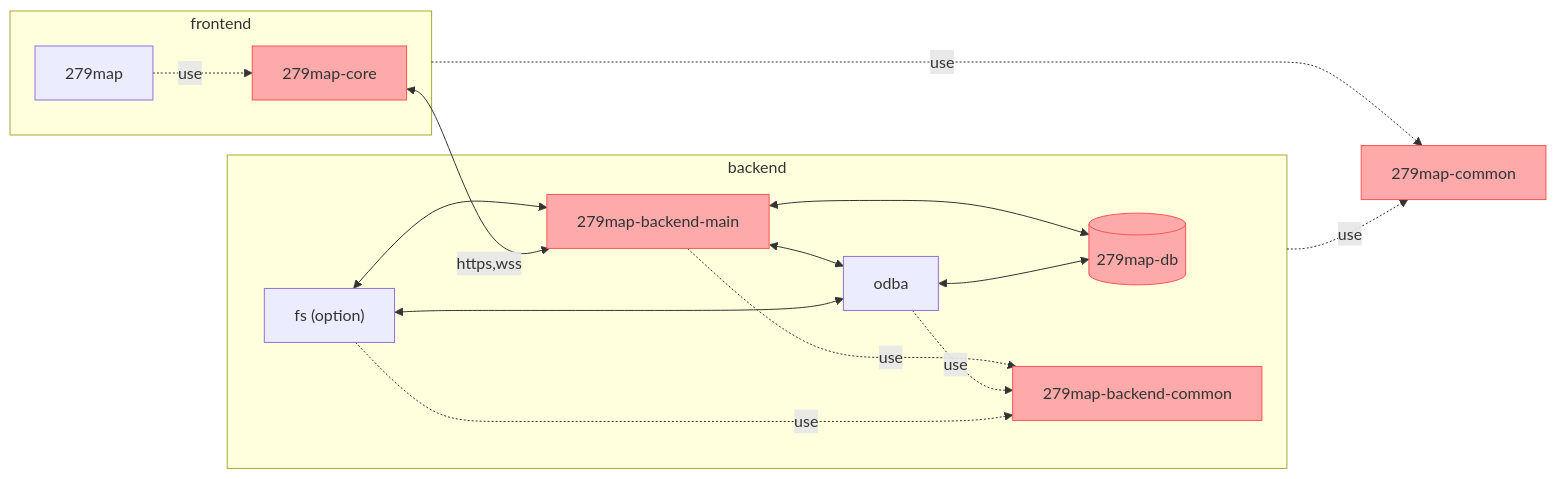
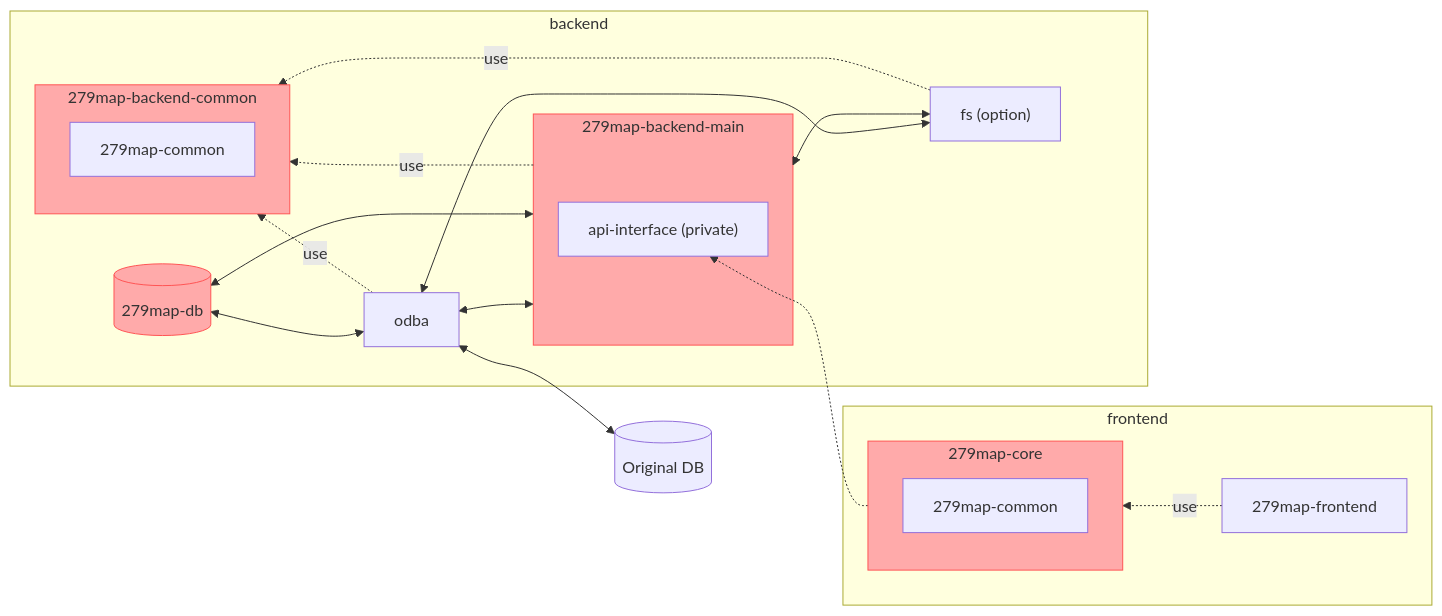
The diagram in README.md (satocheeen/279map), drawn with Mermaid before and after one commit. The commit also changed 6 other files, not shown here.

````diff
--- a/README.md
+++ b/README.md
@@ -4,29 +4,37 @@
 ```mermaid
-flowchart LR
-	279map-common
+flowchart RL
 	subgraph frontend
-		279map-core
-		279map -. use .-> 279map-core
+		subgraph 279map-core
+			279map-common-core["279map-common"]
+		end
+		279map-frontend -. use .-> 279map-core
 	end
+
 	subgraph backend
 		db[("279map-db")]
-		279map-backend-common
+
+		subgraph 279map-backend-main
+			api-interface["api-interface (private)"]
+		end
+
+		subgraph 279map-backend-common
+			279map-common-backend["279map-common"]
+		end
+
 		279map-backend-main <--> odba
 		279map-backend-main <--> db
 		odba <--> db
 		fs["fs (option)"] <--> 279map-backend-main
 		fs <--> odba
 		279map-backend-main -. use .-> 279map-backend-common
 		odba -. use .-> 279map-backend-common
 		fs -. use .-> 279map-backend-common
 	end
-	frontend -. use .-> 279map-common
-	backend -. use .-> 279map-common
-	279map-core <-- https,wss --> 279map-backend-main
+	279map-core -.-> api-interface
+	original-db[("Original DB")] <--> odba
 
     style 279map-core fill:#faa, stroke:#f55
     style 279map-backend-main fill:#faa, stroke:#f55
-    style 279map-common fill:#faa, stroke:#f55
     style 279map-backend-common fill:#faa, stroke:#f55
     style db fill:#faa, stroke:#f55
 ```
````
